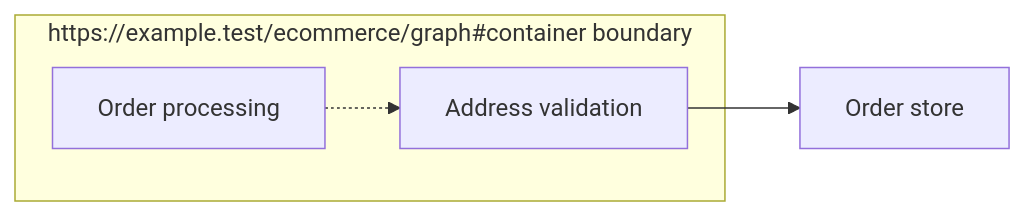
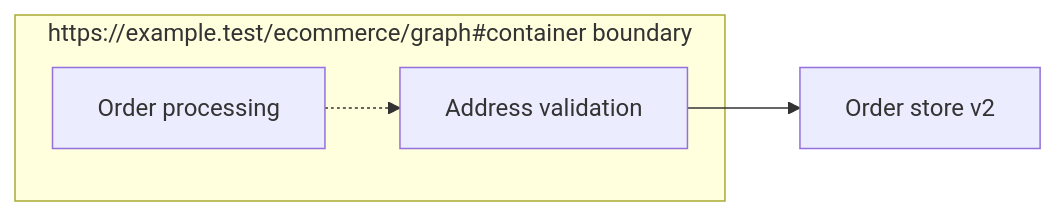
Before and after one commit to jamiemitchellconsultants/division-ontology: the diagram in test/impact-corpus/walkthrough/expected/002/view-component.md, drawn with Mermaid. The commit also changed other lines of this file and 55 other files, not shown here.

````diff
--- a/test/impact-corpus/walkthrough/expected/002/view-component.md
+++ b/test/impact-corpus/walkthrough/expected/002/view-component.md
@@ -7,13 +7,13 @@
 ```mermaid
 flowchart LR
   subgraph boundary["https://example.test/ecommerce/graph#container boundary"]
     nd3ed265d10f08973["Address validation"]
     n8ae5503d64813fb1["Order processing"]
   end
-  n01d3023c94c8126f["Order store"]
+  n01d3023c94c8126f["Order store v2"]
   nd3ed265d10f08973 --> n01d3023c94c8126f
   n8ae5503d64813fb1 -.-> nd3ed265d10f08973
   click nd3ed265d10f08973 "#evidence-d3ed265d10f08973"
   click n8ae5503d64813fb1 "#evidence-8ae5503d64813fb1"
   click n01d3023c94c8126f "#evidence-01d3023c94c8126f"
 ```
````
